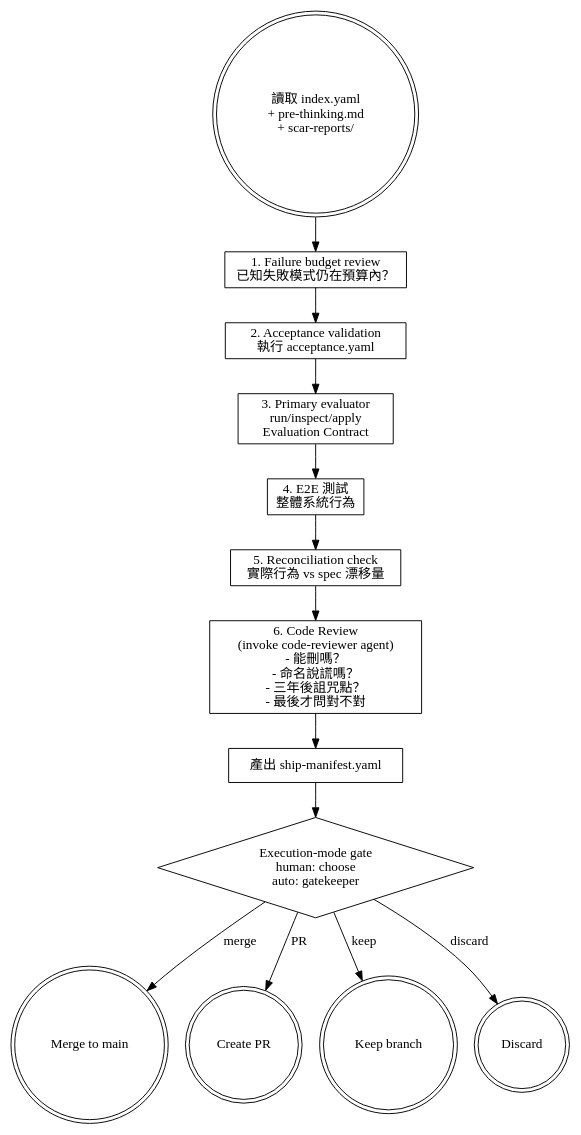
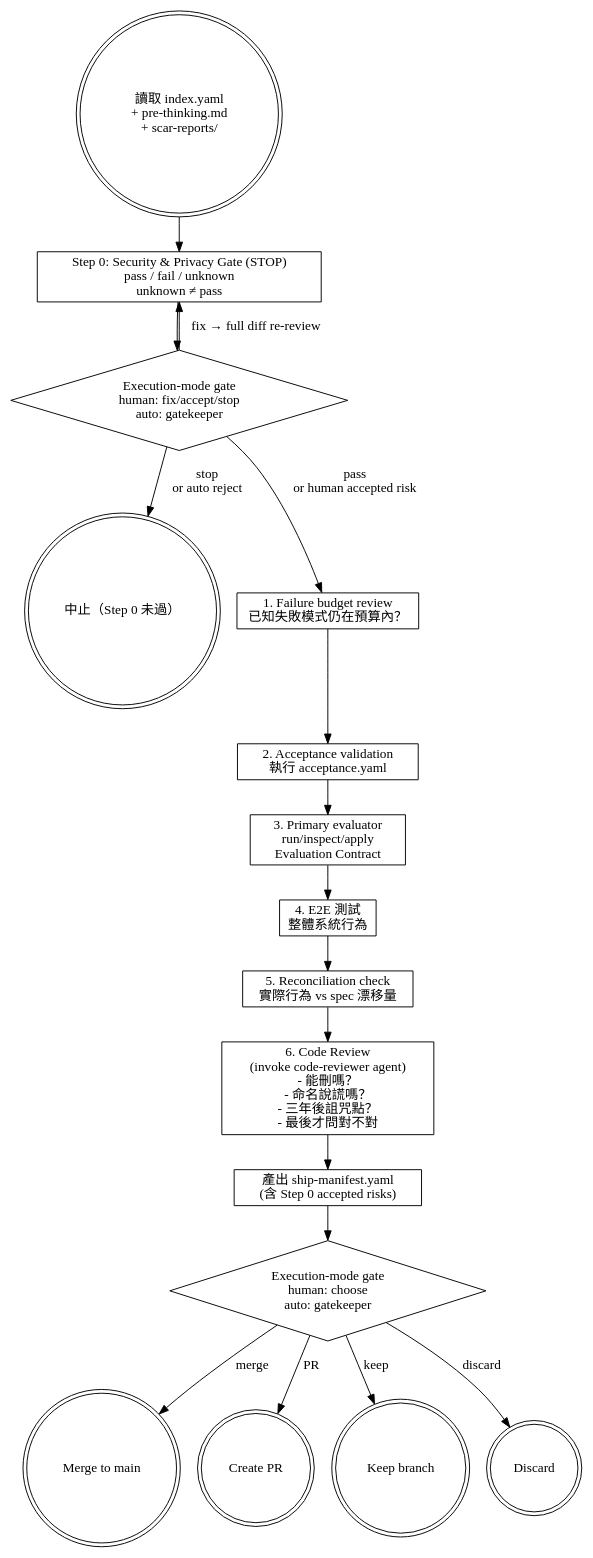
The diagram in skills/validate-and-ship/SKILL.md (roymondliao/samsara), drawn with Graphviz before and after one commit. The commit also changed other lines of this file and 55 other files, not shown here.

````diff
--- a/skills/validate-and-ship/SKILL.md
+++ b/skills/validate-and-ship/SKILL.md
@@ -22,32 +24,39 @@
 ```dot
 digraph validate_and_ship {
     node [shape=box];
 
     start [label="讀取 index.yaml\n+ pre-thinking.md\n+ scar-reports/" shape=doublecircle];
+    step0 [label="Step 0: Security & Privacy Gate (STOP)\npass / fail / unknown\nunknown ≠ pass"];
+    step0_gate [label="Execution-mode gate\nhuman: fix/accept/stop\nauto: gatekeeper" shape=diamond];
+    abort [label="中止（Step 0 未過）" shape=doublecircle];
     failure_budget [label="1. Failure budget review\n已知失敗模式仍在預算內？"];
     acceptance [label="2. Acceptance validation\n執行 acceptance.yaml"];
     primary_eval [label="3. Primary evaluator\nrun/inspect/apply\nEvaluation Contract"];
     e2e [label="4. E2E 測試\n整體系統行為"];
     reconciliation [label="5. Reconciliation check\n實際行為 vs spec 漂移量"];
     code_review [label="6. Code Review\n(invoke code-reviewer agent)\n- 能刪嗎？\n- 命名說謊嗎？\n- 三年後詛咒點？\n- 最後才問對不對"];
-    ship [label="產出 ship-manifest.yaml"];
+    ship [label="產出 ship-manifest.yaml\n(含 Step 0 accepted risks)"];
     choose [label="Execution-mode gate\nhuman: choose\nauto: gatekeeper" shape=diamond];
     merge [label="Merge to main" shape=doublecircle];
     pr [label="Create PR" shape=doublecircle];
     keep [label="Keep branch" shape=doublecircle];
     discard [label="Discard" shape=doublecircle];
 
-    start -> failure_budget;
+    start -> step0;
+    step0 -> step0_gate;
+    step0_gate -> failure_budget [label="pass\nor human accepted risk"];
+    step0_gate -> step0 [label="fix → full diff re-review"];
+    step0_gate -> abort [label="stop\nor auto reject"];
     failure_budget -> acceptance;
     acceptance -> primary_eval;
     primary_eval -> e2e;
     e2e -> reconciliation;
     reconciliation -> code_review;
     code_review -> ship;
     ship -> choose;
     choose -> merge [label="merge"];
     choose -> pr [label="PR"];
     choose -> keep [label="keep"];
     choose -> discard [label="discard"];
 }
 ```
````
